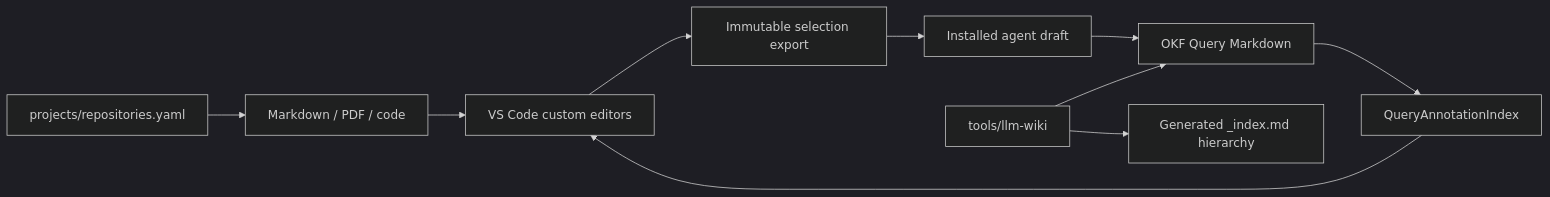
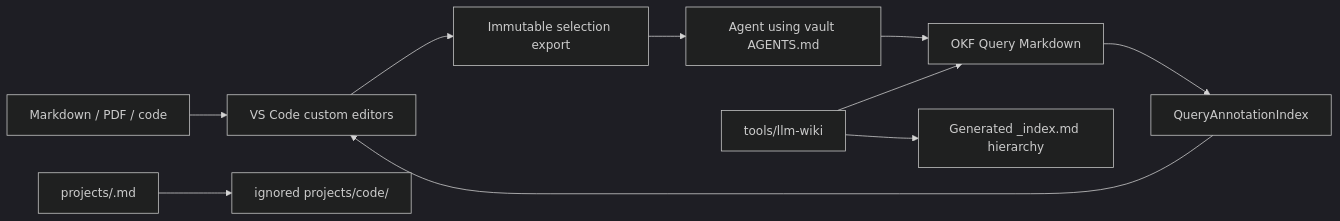
The diagram in docs/architecture-and-vscode-integration.md (t04dJ14n9/vscode-llm-wiki), drawn with Mermaid (dark theme) before and after one commit. The commit also changed other lines of this file and 221 other files, not shown here.

Commit message:
feat: adopt graph-ready vault format

````diff
--- a/docs/architecture-and-vscode-integration.md
+++ b/docs/architecture-and-vscode-integration.md
@@ -16,12 +13,12 @@
 ```mermaid
 flowchart LR
     Source["Markdown / PDF / code"] --> Viewer["VS Code custom editors"]
     Viewer --> Export["Immutable selection export"]
-    Export --> Agent["Installed agent draft"]
+    Export --> Agent["Agent using vault AGENTS.md"]
     Agent --> Query["OKF Query Markdown"]
     Query --> Index["QueryAnnotationIndex"]
     Index --> Viewer
-    Registry["projects/repositories.yaml"] --> Source
+    Card["projects/<id>.md"] --> Binding["ignored projects/code/<id>"]
     Tools["tools/llm-wiki"] --> Query
     Tools --> Indexes["Generated _index.md hierarchy"]
 ```
````
